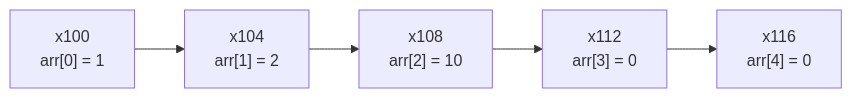
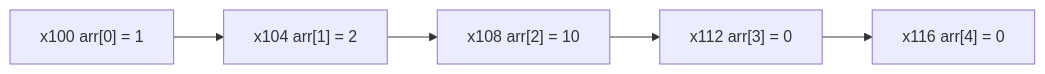
Before and after one commit to xmlbuilder/JavaTutorial: the diagram in 04.중급-2/03-ArrayList_필요성.md, drawn with Mermaid.

````diff
--- a/04.중급-2/03-ArrayList_필요성.md
+++ b/04.중급-2/03-ArrayList_필요성.md
@@ -33,8 +33,8 @@
 ```mermaid
 graph LR
-    A["x100\narr[0] = 1"] --> B["x104\narr[1] = 2"]
-    B --> C["x108\narr[2] = 10"]
-    C --> D["x112\narr[3] = 0"]
-    D --> E["x116\narr[4] = 0"]
+    A["x100 arr[0] = 1"] --> B["x104 arr[1] = 2"]
+    B --> C["x108 arr[2] = 10"]
+    C --> D["x112 arr[3] = 0"]
+    D --> E["x116 arr[4] = 0"]
 
 ```
````
